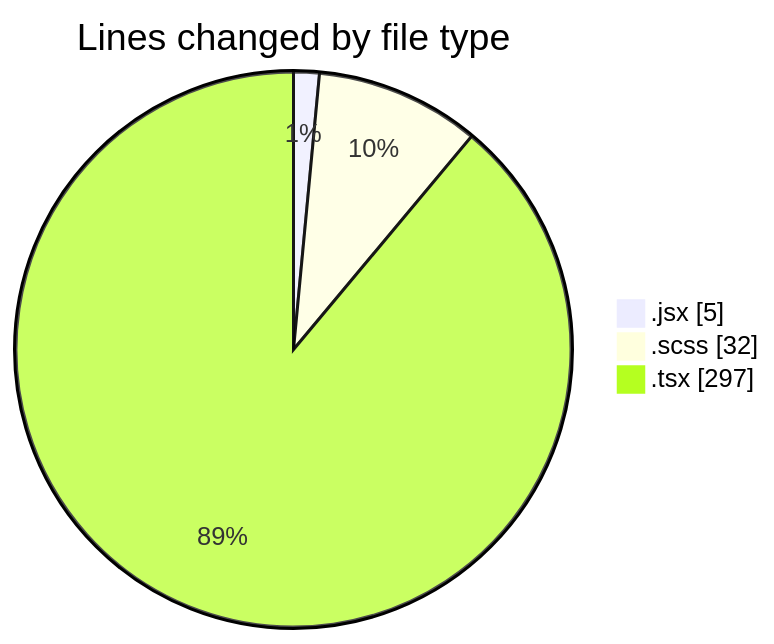
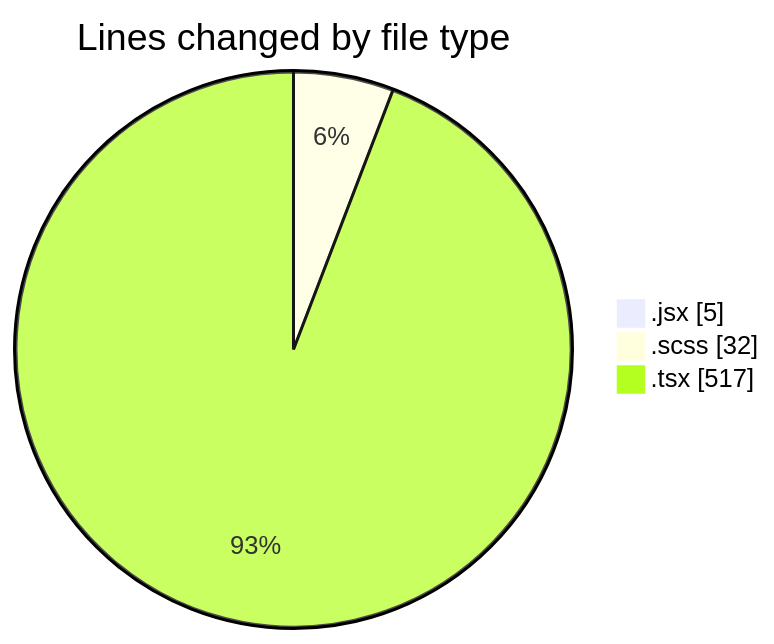
The first of 2 diagrams in 2025-06-06/cda/README.md (momahboobian/code-tracking), drawn with Mermaid before and after one commit. The commit also changed other lines of this file and 1 other file, not shown here.

````diff
--- a/2025-06-06/cda/README.md
+++ b/2025-06-06/cda/README.md
@@ -23,7 +23,7 @@
 ```mermaid
 pie showData
 title Lines changed by file type
 ".jsx" : 5
 ".scss" : 32
-".tsx" : 297
+".tsx" : 517
 ```
````
